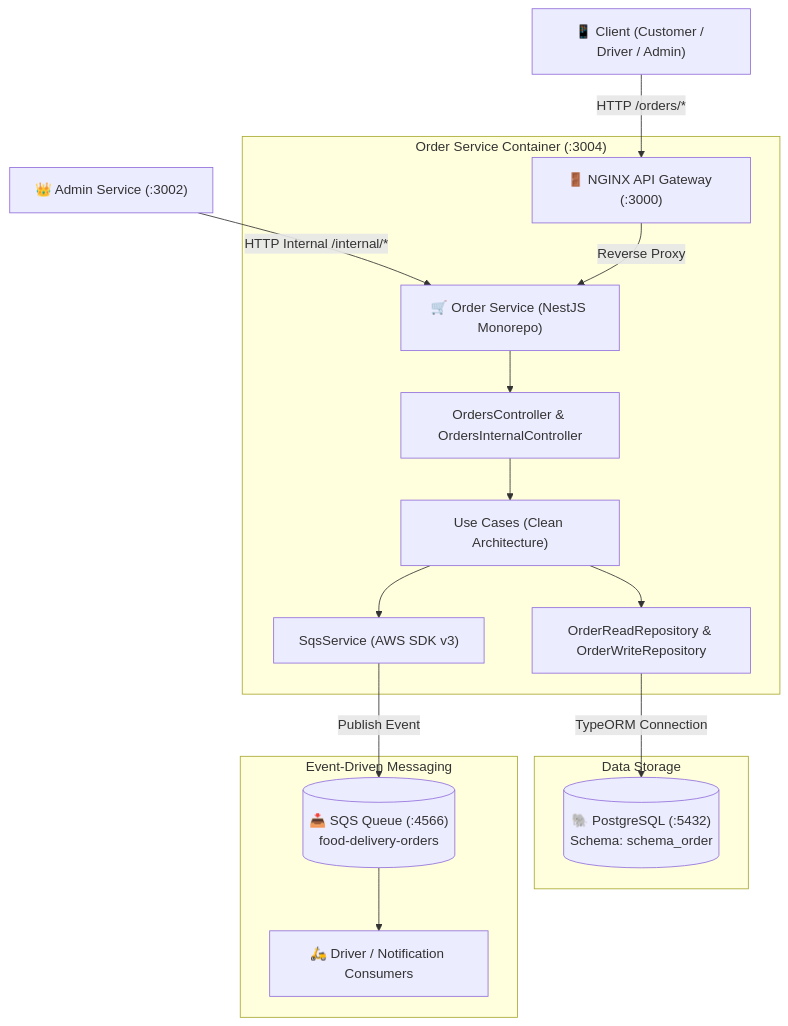
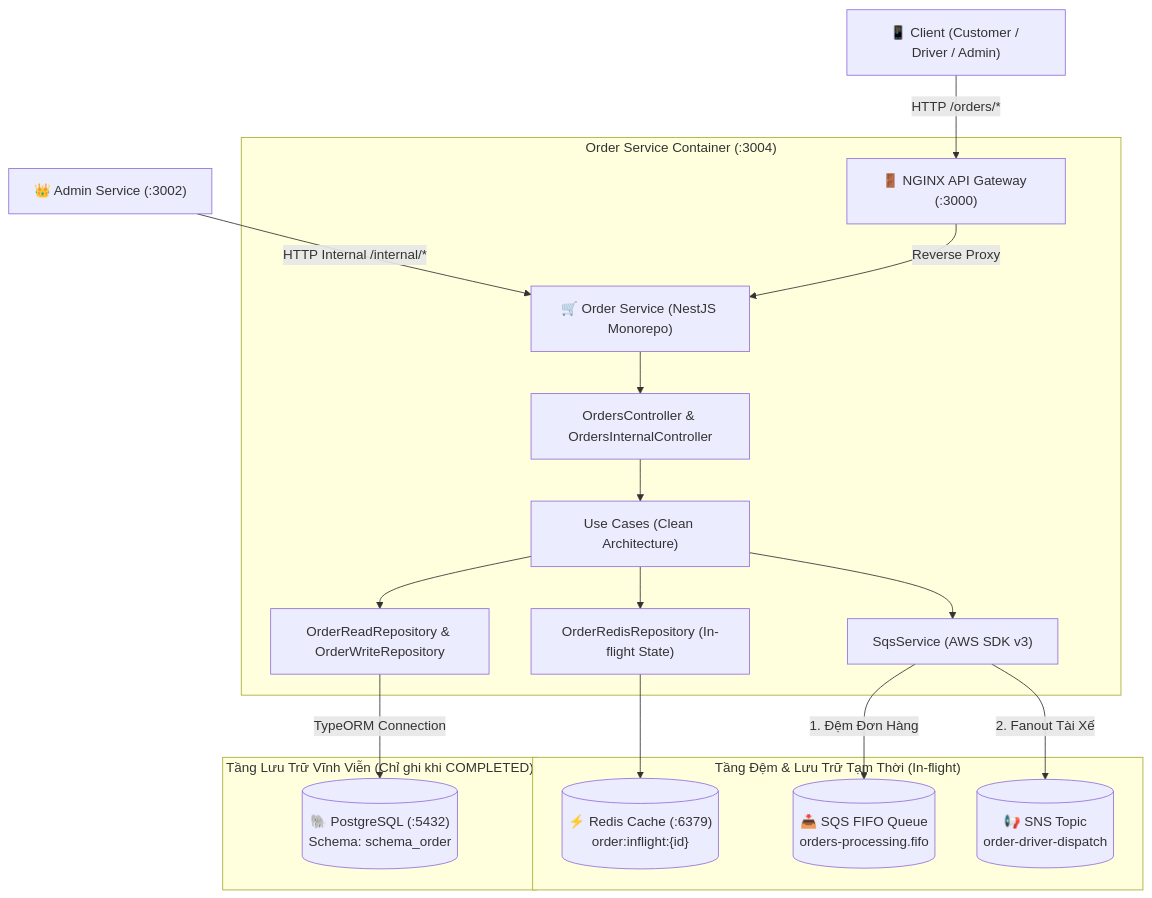
One commit to DuyBinh2003/FoodDelivery changed the first of 2 diagrams in docs/services/order-service.md. Above: the diagram before and after it, drawn with Mermaid. The commit also changed other lines of this file and 20 other files, not shown here.

Commit message:
feat: implement order processing use cases, Redis repository, and messaging services for order service

````diff
--- a/docs/services/order-service.md
+++ b/docs/services/order-service.md
@@ -29,22 +29,24 @@
 ```mermaid
 graph TD
     Client["📱 Client (Customer / Driver / Admin)"] -->|HTTP /orders/*| GW["🚪 NGINX API Gateway (:3000)"]
     AdminSvc["👑 Admin Service (:3002)"] -->|HTTP Internal /internal/*| OS
     
     subgraph "Order Service Container (:3004)"
         GW -->|Reverse Proxy| OS["🛒 Order Service (NestJS Monorepo)"]
         OS --> Controller["OrdersController & OrdersInternalController"]
         Controller --> UseCases["Use Cases (Clean Architecture)"]
+        UseCases --> RedisRepo["OrderRedisRepository (In-flight State)"]
         UseCases --> Repos["OrderReadRepository & OrderWriteRepository"]
         UseCases --> SQS["SqsService (AWS SDK v3)"]
     end
 
-    subgraph "Data Storage"
+    subgraph "Tầng Đệm & Lưu Trữ Tạm Thời (In-flight)"
+        RedisRepo --> Redis[("⚡ Redis Cache (:6379)\norder:inflight:{id}")]
+        SQS -->|1. Đệm Đơn Hàng| SQS_FIFO[("📥 SQS FIFO Queue\norders-processing.fifo")]
+        SQS -->|2. Fanout Tài Xế| SNS_Topic[("📢 SNS Topic\norder-driver-dispatch")]
+    end
+
+    subgraph "Tầng Lưu Trữ Vĩnh Viễn (Chỉ ghi khi COMPLETED)"
         Repos -->|TypeORM Connection| DB[("🐘 PostgreSQL (:5432)\nSchema: schema_order")]
     end
-
-    subgraph "Event-Driven Messaging"
-        SQS -->|Publish Event| Queue[("📥 SQS Queue (:4566)\nfood-delivery-orders")]
-        Queue --> Consumer["🛵 Driver / Notification Consumers"]
-    end
 ```
````
